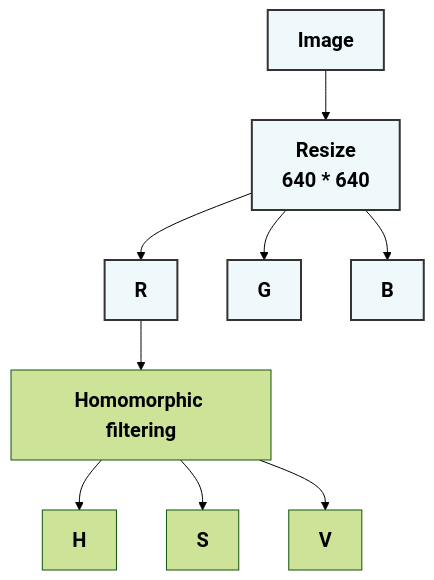
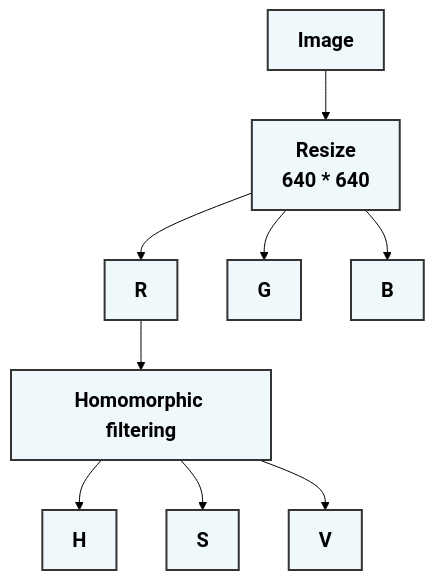
Before and after one commit to 201710808/-p: the second of 2 diagrams in Readme.md, drawn with Mermaid (forest theme).

````diff
--- a/Readme.md
+++ b/Readme.md
@@ -13,18 +13,22 @@
 ```mermaid
 graph
 A[<b><span style='font-size:20px'>Image</span></b>]-->B[<b><span style='font-size:20px'>Resize<br>640 * 640</span></b>]
 B-->C1[<b><span style='font-size:20px'>R</span></b>]
 B-->C2[<b><span style='font-size:20px'>G</span></b>]
 B-->C3[<b><span style='font-size:20px'>B</span></b>]
 C1-->D[<b><span style='font-size:20px'>Homomorphic filtering</span></b>]
 D-->E1[<b><span style='font-size:20px'>H</span></b>]
 D-->E2[<b><span style='font-size:20px'>S</span></b>]
 D-->E3[<b><span style='font-size:20px'>V</span></b>]
 
 
 style A fill:#EFF8FB ,stroke:#333,stroke-width:2px
 style B fill:#EFF8FB ,stroke:#333,stroke-width:2px
 style C1 fill:#EFF8FB ,stroke:#333,stroke-width:2px
 style C2 fill:#EFF8FB ,stroke:#333,stroke-width:2px
 style C3 fill:#EFF8FB ,stroke:#333,stroke-width:2px
+style D fill:#EFF8FB ,stroke:#333,stroke-width:2px
+style E1 fill:#EFF8FB ,stroke:#333,stroke-width:2px
+style E2 fill:#EFF8FB ,stroke:#333,stroke-width:2px
+style E3 fill:#EFF8FB ,stroke:#333,stroke-width:2px
 ```
````
